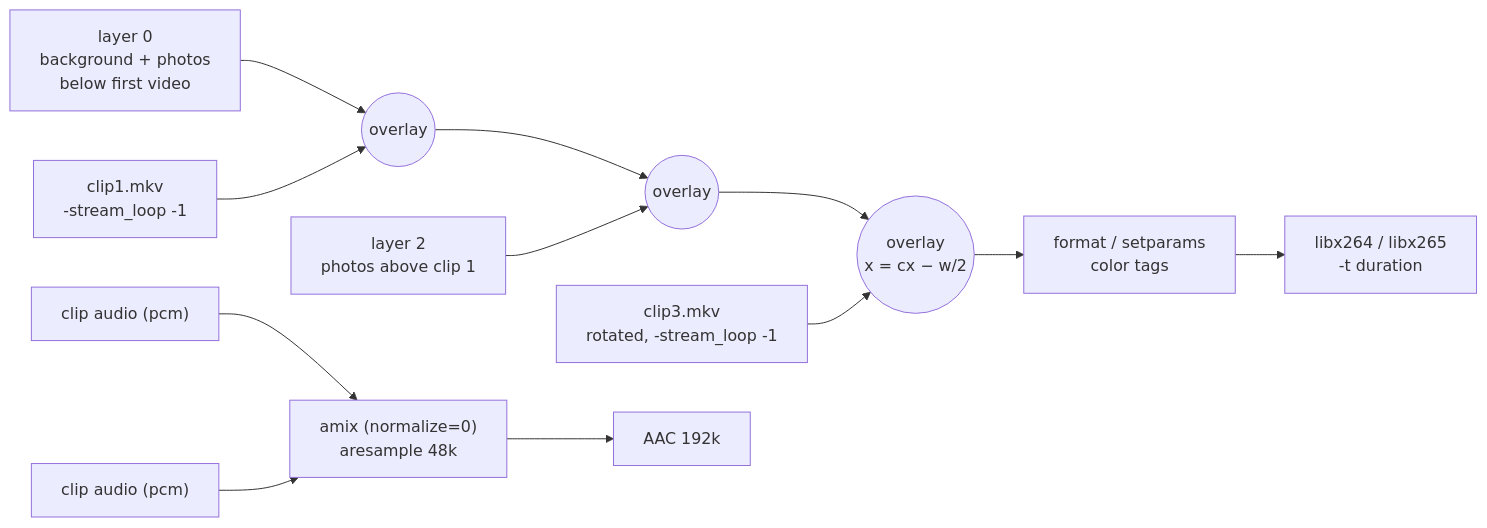
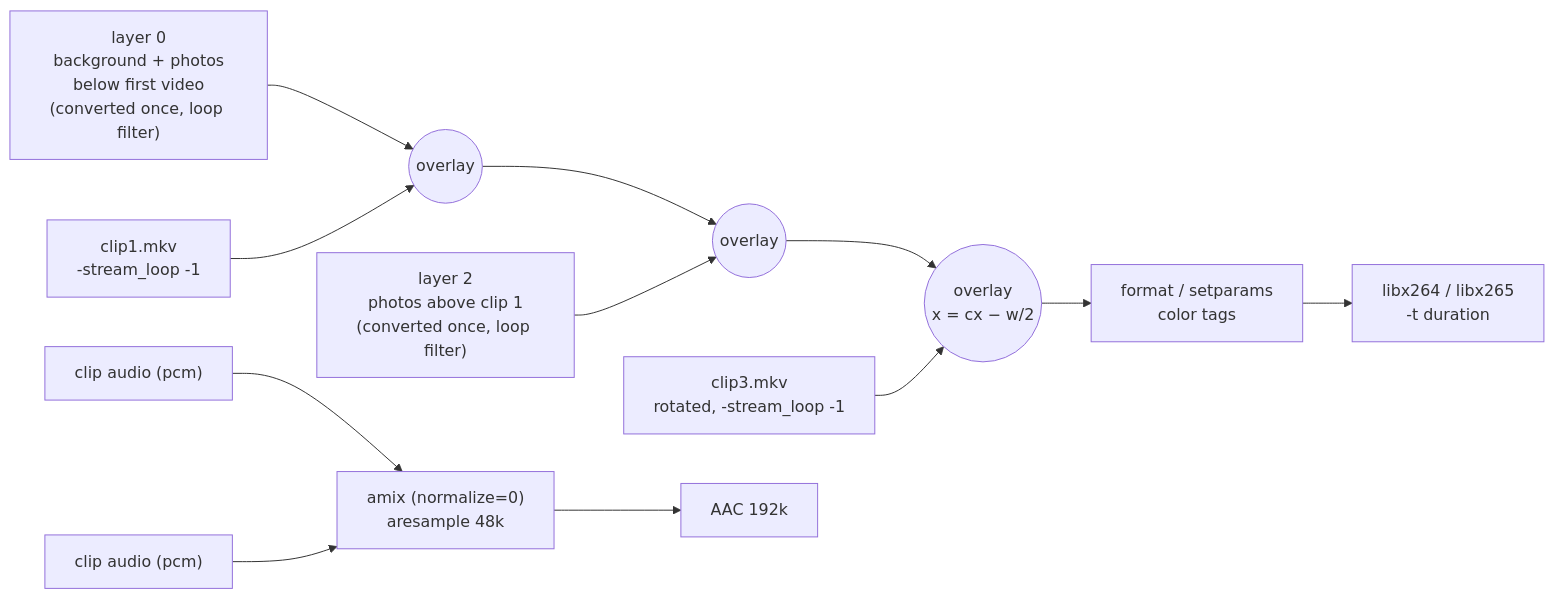
Before and after one commit to AdityaSeth777/Tessera: diagram 25 of 30 in README.md, drawn with Mermaid. The commit also changed other lines of this file, not shown here.

````diff
--- a/README.md
+++ b/README.md
@@ -770,14 +776,14 @@
 ```mermaid
 flowchart LR
-    BG["layer 0<br/>background + photos<br/>below first video"] --> O1(("overlay"))
+    BG["layer 0<br/>background + photos<br/>below first video<br/>(converted once, loop filter)"] --> O1(("overlay"))
     V1["clip1.mkv<br/>-stream_loop -1"] --> O1
     O1 --> O2(("overlay"))
-    L1["layer 2<br/>photos above clip 1"] --> O2
+    L1["layer 2<br/>photos above clip 1<br/>(converted once, loop filter)"] --> O2
     O2 --> O3(("overlay<br/>x = cx − w/2"))
     V2["clip3.mkv<br/>rotated, -stream_loop -1"] --> O3
     O3 --> ENC["format / setparams<br/>color tags"]
     ENC --> X["libx264 / libx265<br/>-t duration"]
     A1["clip audio (pcm)"] --> MIX["amix (normalize=0)<br/>aresample 48k"]
     A2["clip audio (pcm)"] --> MIX
     MIX --> AAC["AAC 192k"]
 ```
````
